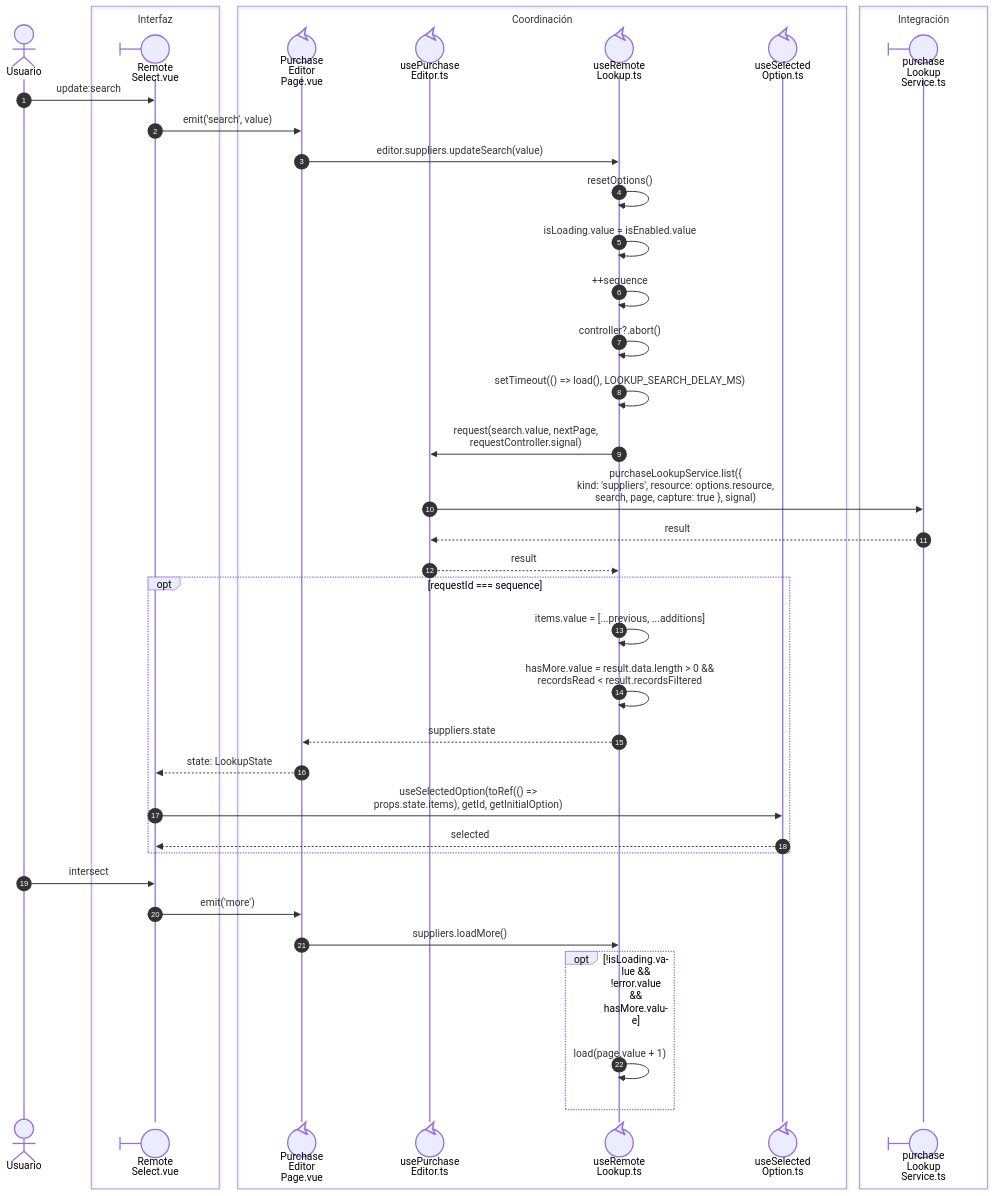
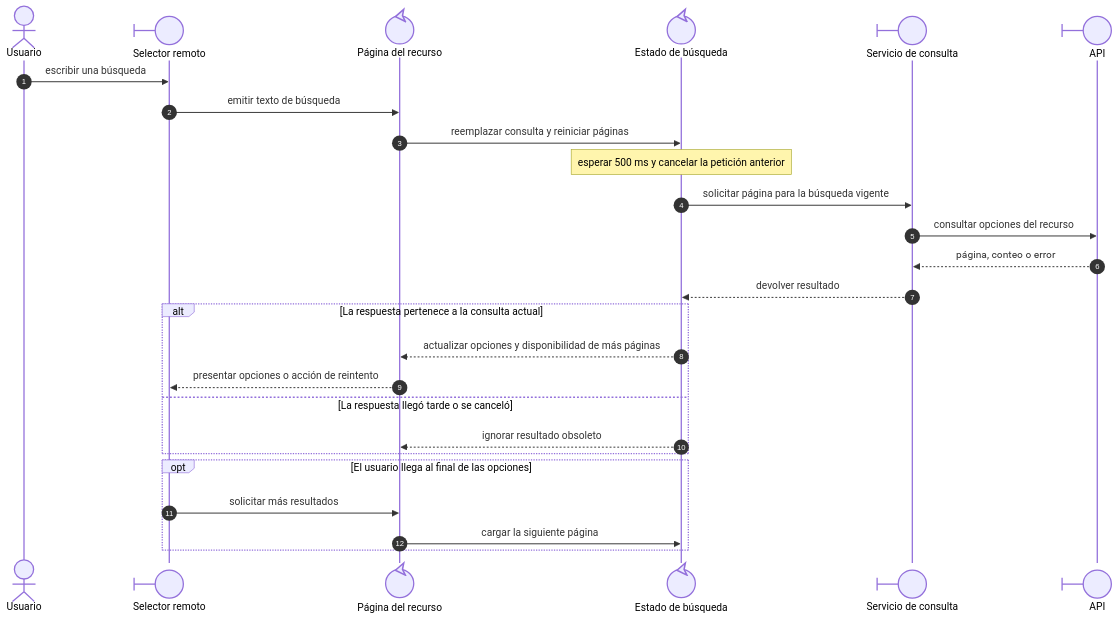
The second of 2 diagrams in front/docs/architecture/views/processes/02-shared-runtime/03-remote-lookup.md (gpgsistemas01/nexus), drawn with Mermaid before and after one commit. The commit also changed other lines of this file and 135 other files, not shown here.

Commit message:
docs: align architecture and requirements diagrams

````diff
--- a/front/docs/architecture/views/processes/02-shared-runtime/03-remote-lookup.md
+++ b/front/docs/architecture/views/processes/02-shared-runtime/03-remote-lookup.md
@@ -54,43 +40,28 @@
 ```mermaid
 sequenceDiagram
     autonumber
-    actor U as Usuario
-    box Interfaz
-    participant Select@{ "type": "boundary" } as Remote<br/>Select.vue
+    actor Usuario
+    participant Select@{ "type": "boundary" } as Selector remoto
+    participant Page@{ "type": "control" } as Página del recurso
+    participant Lookup@{ "type": "control" } as Estado de búsqueda
+    participant Service@{ "type": "boundary" } as Servicio de consulta
+    participant API@{ "type": "boundary" } as API
+    Usuario->>Select: escribir una búsqueda
+    Select->>Page: emitir texto de búsqueda
+    Page->>Lookup: reemplazar consulta y reiniciar páginas
+    Note over Lookup: esperar 500 ms y cancelar la petición anterior
+    Lookup->>Service: solicitar página para la búsqueda vigente
+    Service->>API: consultar opciones del recurso
+    API-->>Service: página, conteo o error
+    Service-->>Lookup: devolver resultado
+    alt La respuesta pertenece a la consulta actual
+        Lookup-->>Page: actualizar opciones y disponibilidad de más páginas
+        Page-->>Select: presentar opciones o acción de reintento
+    else La respuesta llegó tarde o se canceló
+        Lookup-->>Page: ignorar resultado obsoleto
     end
-    box Coordinación
-    participant Page@{ "type": "control" } as Purchase<br/>Editor<br/>Page.vue
-    participant Editor@{ "type": "control" } as usePurchase<br/>Editor.ts
-    participant Lookup@{ "type": "control" } as useRemote<br/>Lookup.ts
-    participant Selection@{ "type": "control" } as useSelected<br/>Option.ts
-    end
-    box Integración
-    participant Service@{ "type": "boundary" } as purchase<br/>Lookup<br/>Service.ts
-    end
-    U->>Select: nowrap: update:search
-    Select->>Page: nowrap: emit('search', value)
-    Page->>Lookup: nowrap: editor.suppliers.updateSearch(value)
-    Lookup->>Lookup: nowrap: resetOptions()
-    Lookup->>Lookup: nowrap: isLoading.value = isEnabled.value
-    Lookup->>Lookup: nowrap: ++sequence
-    Lookup->>Lookup: nowrap: controller?.abort()
-    Lookup->>Lookup: nowrap: setTimeout(() => load(), LOOKUP_SEARCH_DELAY_MS)
-    Lookup->>Editor: nowrap: request(search.value, nextPage,<br/>requestController.signal)
-    Editor->>Service: nowrap: purchaseLookupService.list({<br/>kind: 'suppliers', resource: options.resource,<br/>search, page, capture: true }, signal)
-    Service-->>Editor: nowrap: result
-    Editor-->>Lookup: nowrap: result
-    opt nowrap: requestId === sequence
-        Lookup->>Lookup: nowrap: items.value = [...previous, ...additions]
-        Lookup->>Lookup: nowrap: hasMore.value = result.data.length > 0 &&<br/>recordsRead < result.recordsFiltered
-        Lookup-->>Page: nowrap: suppliers.state
-        Page-->>Select: nowrap: state: LookupState
-        Select->>Selection: nowrap: useSelectedOption(toRef(() =><br/>props.state.items), getId, getInitialOption)
-        Selection-->>Select: nowrap: selected
-    end
-    U->>Select: nowrap: intersect
-    Select->>Page: nowrap: emit('more')
-    Page->>Lookup: nowrap: suppliers.loadMore()
-    opt nowrap: !isLoading.value && !error.value && hasMore.value
-        Lookup->>Lookup: nowrap: load(page.value + 1)
+    opt El usuario llega al final de las opciones
+        Select->>Page: solicitar más resultados
+        Page->>Lookup: cargar la siguiente página
     end
 ```
````
